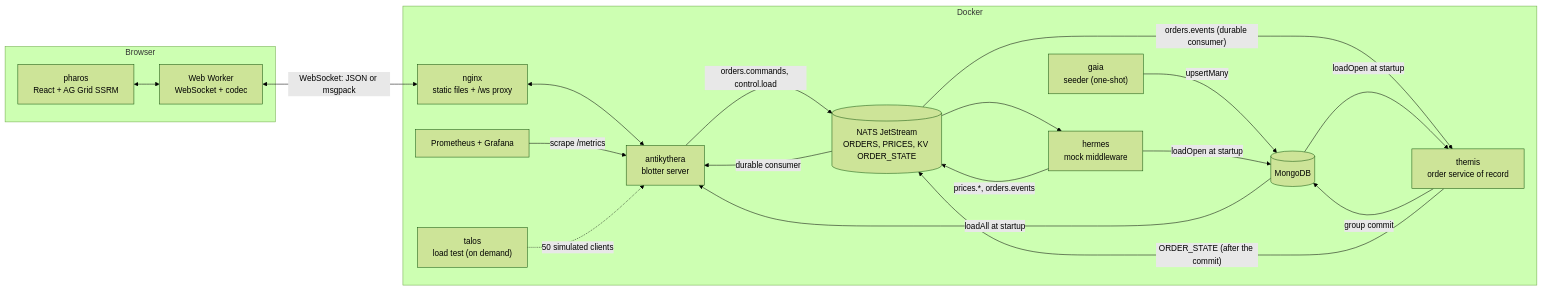
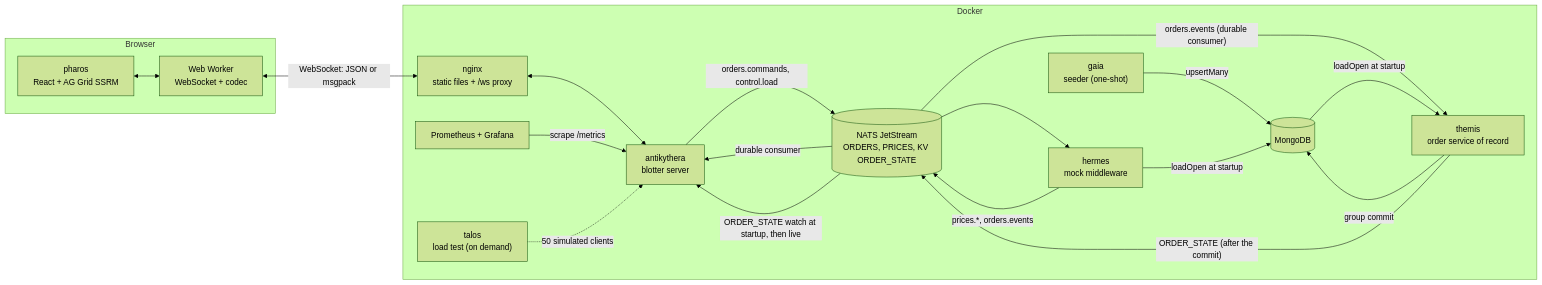
The first of 3 diagrams in docs/architecture.md (iAppGeek/apeiron), drawn with Mermaid (forest theme) before and after one commit. The commit also changed other lines of this file and 36 other files, not shown here.

````diff
--- a/docs/architecture.md
+++ b/docs/architecture.md
@@ -16,34 +16,34 @@
 ```mermaid
 flowchart LR
   subgraph Browser
     UI["pharos<br/>React + AG Grid SSRM"]
     W["Web Worker<br/>WebSocket + codec"]
     UI <--> W
   end
   subgraph Docker
     NG["nginx<br/>static files + /ws proxy"]
     AN["antikythera<br/>blotter server"]
     TH["themis<br/>order service of record"]
     HE["hermes<br/>mock middleware"]
     NA[("NATS JetStream<br/>ORDERS, PRICES, KV ORDER_STATE")]
     MO[("MongoDB")]
     GA["gaia<br/>seeder (one-shot)"]
     PR["Prometheus + Grafana"]
     TA["talos<br/>load test (on demand)"]
   end
   W <-->|"WebSocket: JSON or msgpack"| NG
   NG <--> AN
   HE -->|"prices.*, orders.events"| NA
   NA -->|"durable consumer"| AN
   AN -->|"orders.commands, control.load"| NA
   NA --> HE
   NA -->|"orders.events (durable consumer)"| TH
   TH -->|"group commit"| MO
   TH -->|"ORDER_STATE (after the commit)"| NA
-  MO -->|"loadAll at startup"| AN
+  NA -->|"ORDER_STATE watch at startup, then live"| AN
   GA -->|"upsertMany"| MO
   MO -->|"loadOpen at startup"| TH
   HE -->|"loadOpen at startup"| MO
   PR -->|"scrape /metrics"| AN
   TA -.->|"50 simulated clients"| AN
 ```
````
